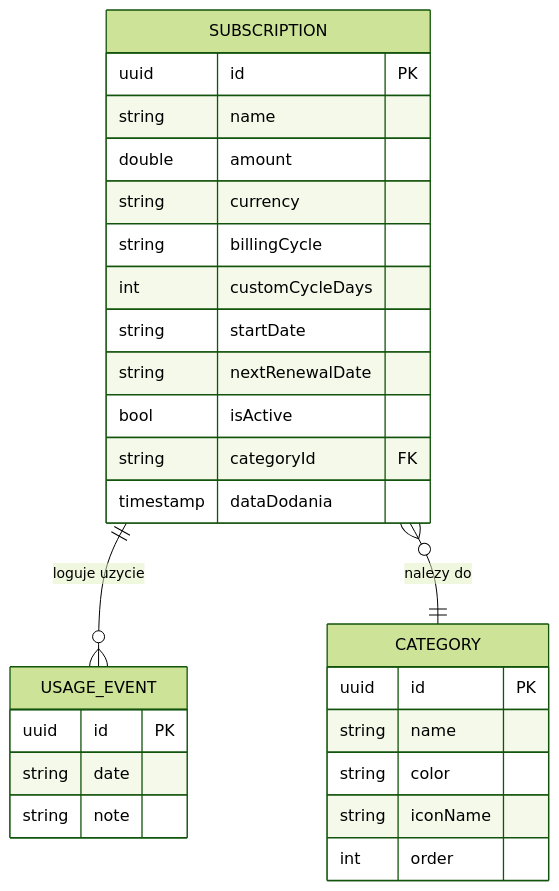
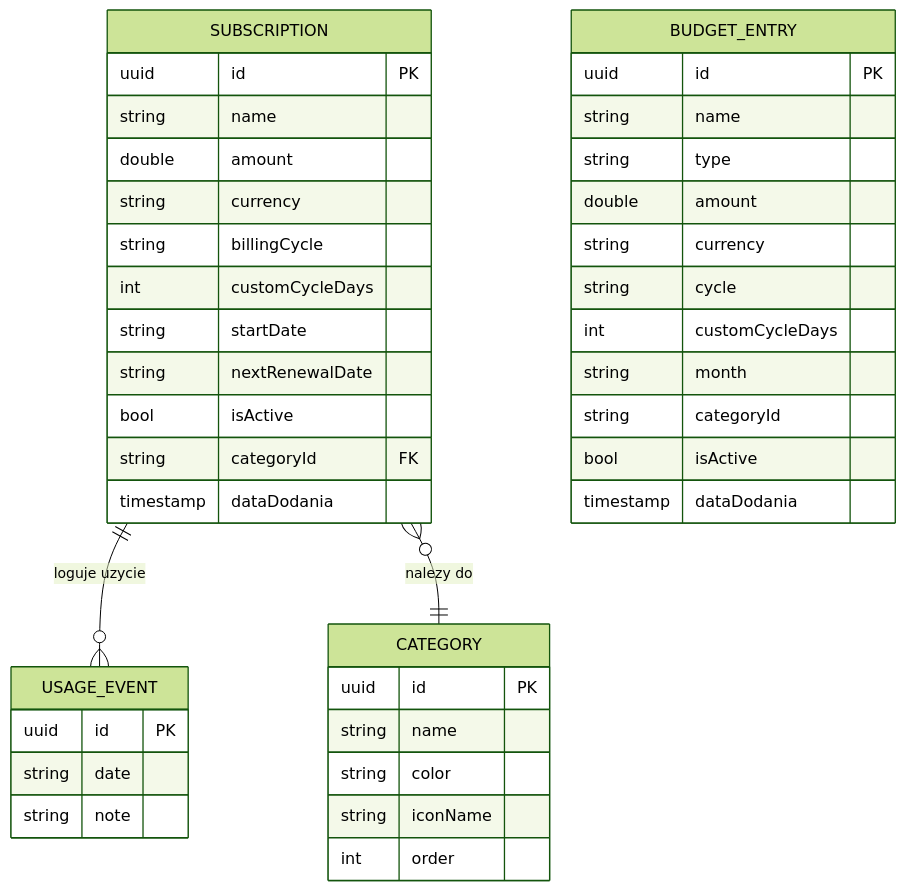
The diagram in docs/database.md (Rzempal/karton-subs), drawn with Mermaid (forest theme) before and after one commit. The commit also changed other lines of this file and 28 other files, not shown here.

````diff
--- a/docs/database.md
+++ b/docs/database.md
@@ -9,33 +9,47 @@
 ```mermaid
 erDiagram
     SUBSCRIPTION {
         uuid id PK
         string name
         double amount
         string currency
         string billingCycle
         int customCycleDays
         string startDate
         string nextRenewalDate
         bool isActive
         string categoryId FK
         timestamp dataDodania
     }
 
     SUBSCRIPTION ||--o{ USAGE_EVENT : "loguje uzycie"
     SUBSCRIPTION }o--|| CATEGORY : "nalezy do"
 
     USAGE_EVENT {
         uuid id PK
         string date
         string note
     }
 
     CATEGORY {
         uuid id PK
         string name
         string color
         string iconName
         int order
     }
+
+    BUDGET_ENTRY {
+        uuid id PK
+        string name
+        string type
+        double amount
+        string currency
+        string cycle
+        int customCycleDays
+        string month
+        string categoryId
+        bool isActive
+        timestamp dataDodania
+    }
 ```
````
